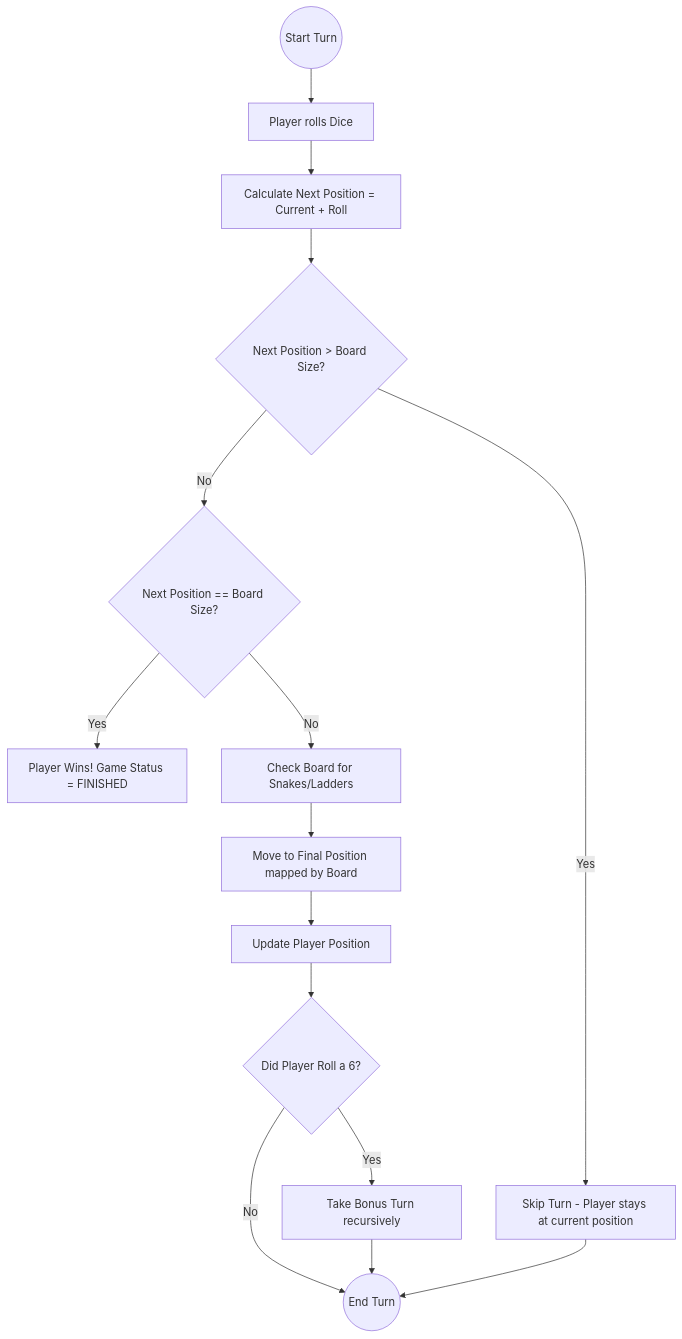
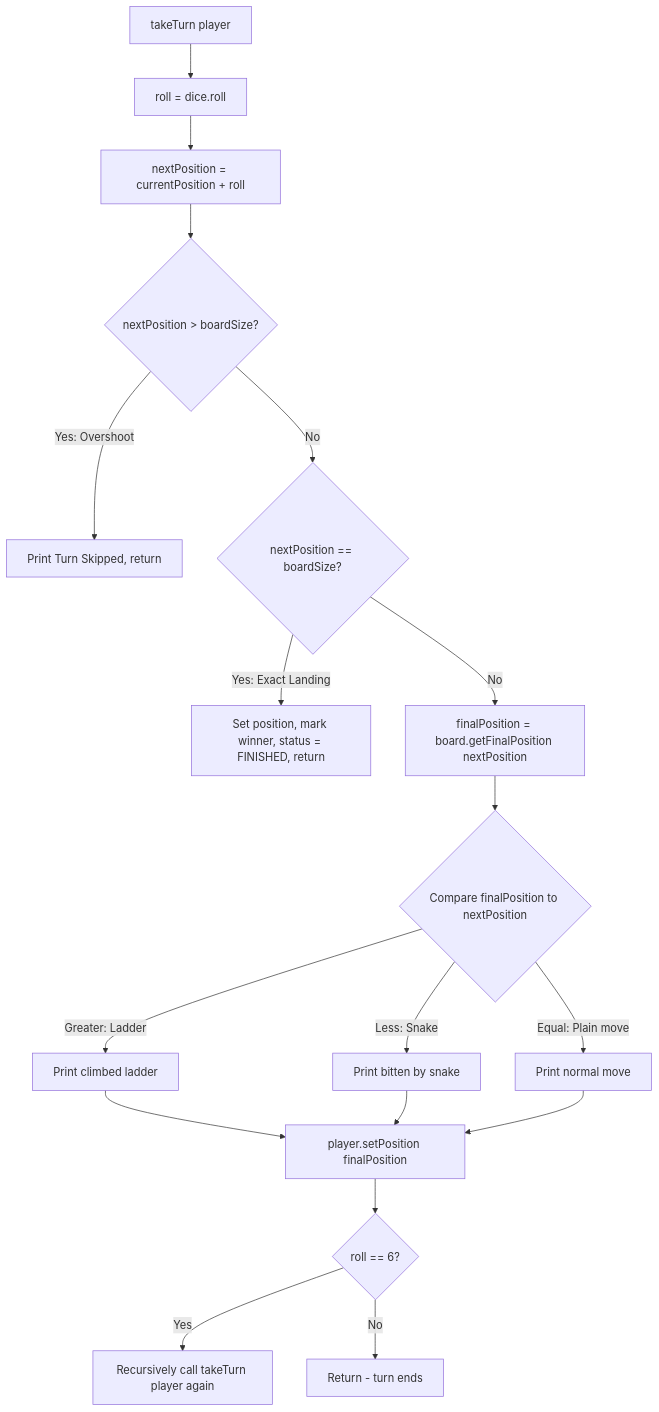
Before and after one commit to bhargavtenali/awesome-low-level-design: the third of 3 diagrams in solutions/java/src/snakeandladdergame/SnakeAndLadderLLD.md, drawn with Mermaid. The commit also changed other lines of this file, not shown here.

Commit message:
added snake and ladder notes

````diff
--- a/solutions/java/src/snakeandladdergame/SnakeAndLadderLLD.md
+++ b/solutions/java/src/snakeandladdergame/SnakeAndLadderLLD.md
@@ -76,24 +162,20 @@
 ```mermaid
-flowchart TD
-    Start((Start Turn)) --> Roll[Player rolls Dice]
-    Roll --> Calc[Calculate Next Position = Current + Roll]
-    Calc --> CheckBounds{Next Position > Board Size?}
-    
-    CheckBounds -->|Yes| Skip[Skip Turn - Player stays at current position]
-    
-    CheckBounds -->|No| CheckWin{Next Position == Board Size?}
-    
-    CheckWin -->|Yes| Win[Player Wins! Game Status = FINISHED]
-    
-    CheckWin -->|No| FindEntity[Check Board for Snakes/Ladders]
-    FindEntity --> Move[Move to Final Position mapped by Board]
-    Move --> Update[Update Player Position]
-    
-    Update --> CheckSix{Did Player Roll a 6?}
-    
-    CheckSix -->|Yes| BonusTurn[Take Bonus Turn recursively]
-    CheckSix -->|No| End((End Turn))
-    
-    BonusTurn --> End
-    Skip --> End
+graph TD
+    A[takeTurn player] --> B[roll = dice.roll]
+    B --> C[nextPosition = currentPosition + roll]
+    C --> D{nextPosition > boardSize?}
+    D -->|Yes: Overshoot| E[Print Turn Skipped, return]
+    D -->|No| F{nextPosition == boardSize?}
+    F -->|Yes: Exact Landing| G[Set position, mark winner, status = FINISHED, return]
+    F -->|No| H[finalPosition = board.getFinalPosition nextPosition]
+    H --> I{Compare finalPosition to nextPosition}
+    I -->|Greater: Ladder| J[Print climbed ladder]
+    I -->|Less: Snake| K[Print bitten by snake]
+    I -->|Equal: Plain move| L[Print normal move]
+    J --> M[player.setPosition finalPosition]
+    K --> M
+    L --> M
+    M --> N{roll == 6?}
+    N -->|Yes| O[Recursively call takeTurn player again]
+    N -->|No| P[Return - turn ends]
 ```
````
